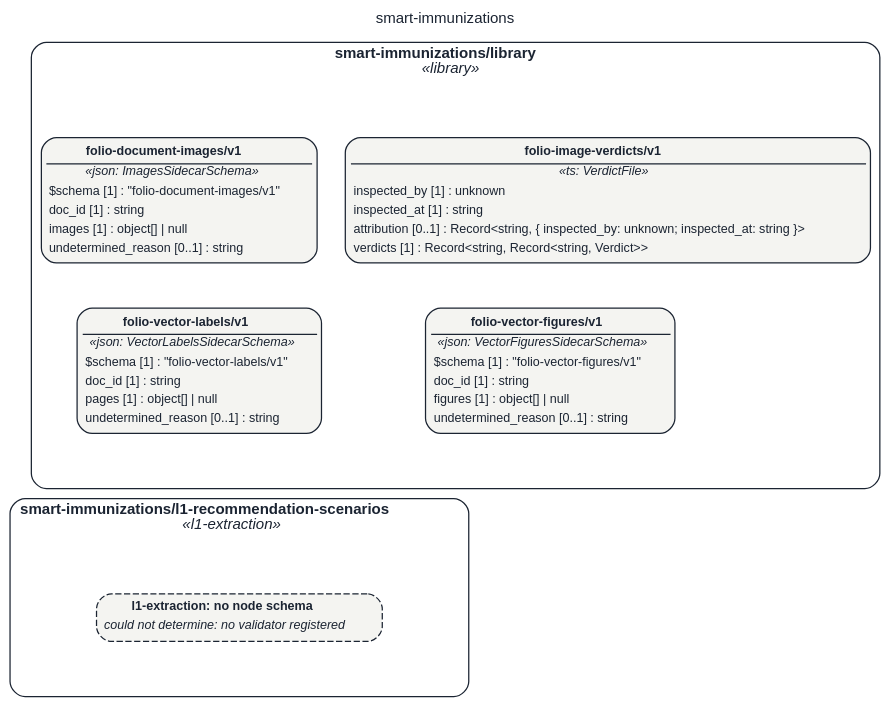
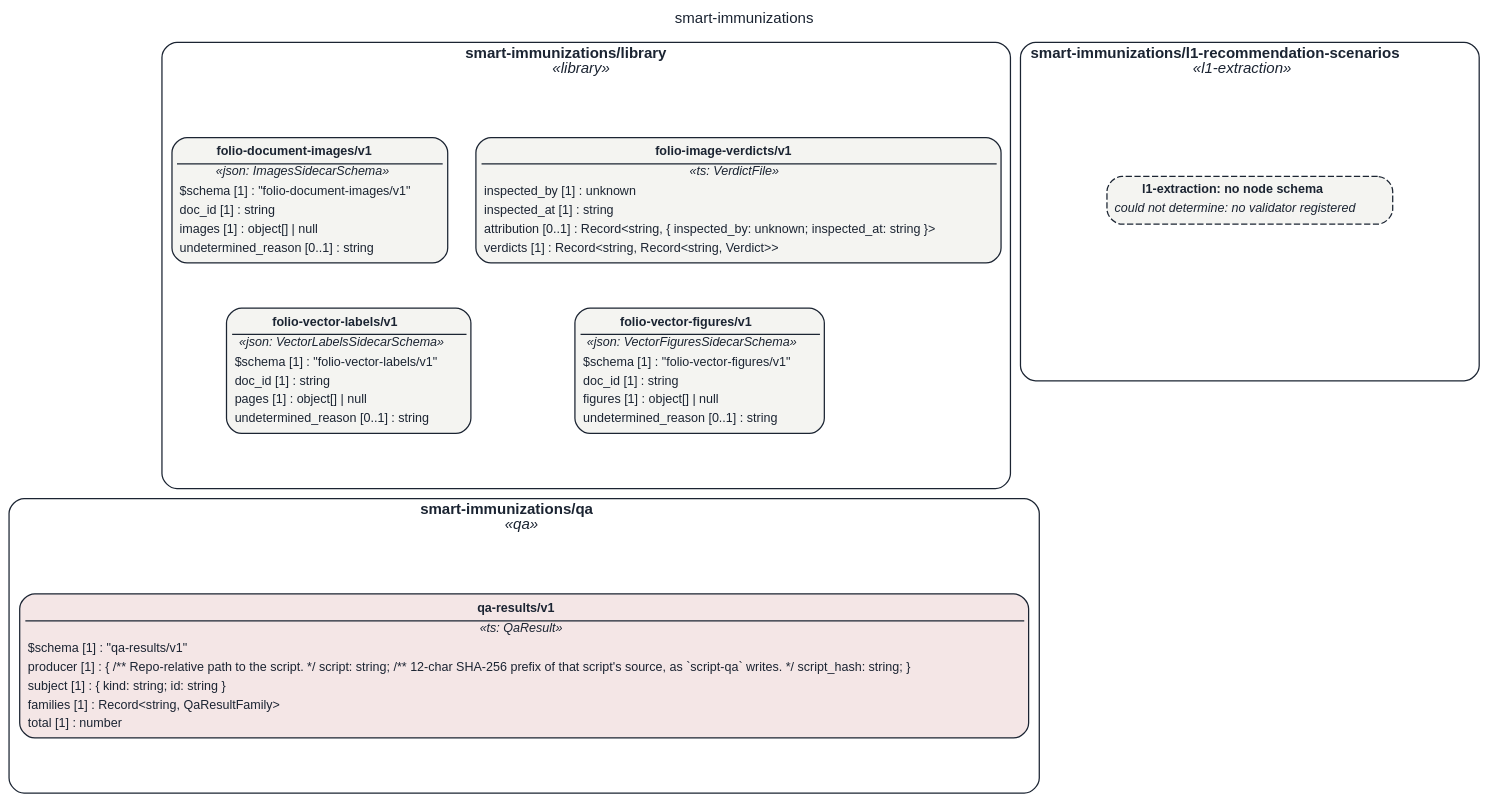
Before and after one commit to litlfred/folio-assistant: the diagram in assets/img/uml/overview/smart-immunizations.dot, drawn with Graphviz. The commit also changed 4883 other files, not shown here.

```diff
--- a/assets/img/uml/overview/smart-immunizations.dot
+++ b/assets/img/uml/overview/smart-immunizations.dot
@@ -1,31 +1,39 @@
 // GENERATED by cat-harness-tools/scripts/gen-uml-overview.ts — do not edit.
 // Rendered page (interactive view, same model): https://litlfred.github.io/folio-assistant/uml/overview/smart-immunizations.html
 digraph "smart_immunizations" {
   graph [label="smart-immunizations", labelloc=t, fontname="Helvetica", fontsize=12, fontcolor="#1b2432", newrank=true, ratio=auto, nodesep=0.3, ranksep=0.5, bgcolor="transparent"];
   node [shape=box, style="rounded,filled", margin=0.05, fontname="Helvetica", fontsize=10, color="#1b2432", fontcolor="#1b2432"];
   edge [color="#1b2432", fontcolor="#1b2432", fontname="Helvetica", fontsize=9];
   subgraph "cluster_pkg_smart_immunizations_library" {
     label=<<b>smart-immunizations/library</b><br/><i>«library»</i>>; style="rounded"; color="#1b2432"; class="fa_uml_subgraph";
     "smart_immunizations_library_folio_document_images_v1_folio_document_images_v1" [fillcolor="#f4f4f1", class="fa_uml_kind_library", label=<<table border="0" cellborder="0" cellspacing="0" cellpadding="2"><tr><td border="1" sides="b"><b>folio-document-images/v1</b></td></tr><tr><td><i>«json: ImagesSidecarSchema»</i></td></tr><tr><td align="left">$schema [1] : &quot;folio-document-images/v1&quot;</td></tr><tr><td align="left">doc_id [1] : string</td></tr><tr><td align="left">images [1] : object[] | null</td></tr><tr><td align="left">undetermined_reason [0..1] : string</td></tr></table>>];
     "smart_immunizations_library_folio_image_verdicts_v1" [fillcolor="#f4f4f1", class="fa_uml_kind_library", label=<<table border="0" cellborder="0" cellspacing="0" cellpadding="2"><tr><td border="1" sides="b"><b>folio-image-verdicts/v1</b></td></tr><tr><td><i>«ts: VerdictFile»</i></td></tr><tr><td align="left">inspected_by [1] : unknown</td></tr><tr><td align="left">inspected_at [1] : string</td></tr><tr><td align="left">attribution [0..1] : Record&lt;string, { inspected_by: unknown; inspected_at: string }&gt;</td></tr><tr><td align="left">verdicts [1] : Record&lt;string, Record&lt;string, Verdict&gt;&gt;</td></tr></table>>];
     "smart_immunizations_library_folio_vector_labels_v1_folio_vector_labels_v1" [fillcolor="#f4f4f1", class="fa_uml_kind_library", label=<<table border="0" cellborder="0" cellspacing="0" cellpadding="2"><tr><td border="1" sides="b"><b>folio-vector-labels/v1</b></td></tr><tr><td><i>«json: VectorLabelsSidecarSchema»</i></td></tr><tr><td align="left">$schema [1] : &quot;folio-vector-labels/v1&quot;</td></tr><tr><td align="left">doc_id [1] : string</td></tr><tr><td align="left">pages [1] : object[] | null</td></tr><tr><td align="left">undetermined_reason [0..1] : string</td></tr></table>>];
     "smart_immunizations_library_folio_vector_figures_v1_folio_vector_figures_v1" [fillcolor="#f4f4f1", class="fa_uml_kind_library", label=<<table border="0" cellborder="0" cellspacing="0" cellpadding="2"><tr><td border="1" sides="b"><b>folio-vector-figures/v1</b></td></tr><tr><td><i>«json: VectorFiguresSidecarSchema»</i></td></tr><tr><td align="left">$schema [1] : &quot;folio-vector-figures/v1&quot;</td></tr><tr><td align="left">doc_id [1] : string</td></tr><tr><td align="left">figures [1] : object[] | null</td></tr><tr><td align="left">undetermined_reason [0..1] : string</td></tr></table>>];
     "grid_pkg_smart_immunizations_library_top" [shape=point, style=invis, width=0, height=0, label="", class="kg-graph-anchor"];
     "grid_pkg_smart_immunizations_library_bottom" [shape=point, style=invis, width=0, height=0, label="", class="kg-graph-anchor"];
   }
   subgraph "cluster_pkg_smart_immunizations_l1_recommendation_scenarios" {
     label=<<b>smart-immunizations/l1-recommendation-scenarios</b><br/><i>«l1-extraction»</i>>; style="rounded"; color="#1b2432"; class="fa_uml_subgraph";
     "n_smart_immunizations_l1_recommendation_scenarios_l1_extraction" [style="rounded,filled,dashed", fillcolor="#f4f4f1", class="fa_uml_kind_l1_extraction fa_uml_undetermined", label=<<table border="0" cellborder="0" cellspacing="0" cellpadding="2"><tr><td><b>l1-extraction: no node schema</b></td></tr><tr><td align="left"><i>could not determine: no validator registered</i></td></tr></table>>];
     "grid_pkg_smart_immunizations_l1_recommendation_scenarios_top" [shape=point, style=invis, width=0, height=0, label="", class="kg-graph-anchor"];
     "grid_pkg_smart_immunizations_l1_recommendation_scenarios_bottom" [shape=point, style=invis, width=0, height=0, label="", class="kg-graph-anchor"];
   }
+  subgraph "cluster_pkg_smart_immunizations_qa" {
+    label=<<b>smart-immunizations/qa</b><br/><i>«qa»</i>>; style="rounded"; color="#1b2432"; class="fa_uml_subgraph";
+    "smart_immunizations_qa_qa_results_v1" [fillcolor="#f4e6e6", class="fa_uml_kind_qa", label=<<table border="0" cellborder="0" cellspacing="0" cellpadding="2"><tr><td border="1" sides="b"><b>qa-results/v1</b></td></tr><tr><td><i>«ts: QaResult»</i></td></tr><tr><td align="left">$schema [1] : &quot;qa-results/v1&quot;</td></tr><tr><td align="left">producer [1] : { /** Repo-relative path to the script. */ script: string; /** 12-char SHA-256 prefix of that script's source, as `script-qa` writes. */ script_hash: string; }</td></tr><tr><td align="left">subject [1] : { kind: string; id: string }</td></tr><tr><td align="left">families [1] : Record&lt;string, QaResultFamily&gt;</td></tr><tr><td align="left">total [1] : number</td></tr></table>>];
+    "grid_pkg_smart_immunizations_qa_top" [shape=point, style=invis, width=0, height=0, label="", class="kg-graph-anchor"];
+    "grid_pkg_smart_immunizations_qa_bottom" [shape=point, style=invis, width=0, height=0, label="", class="kg-graph-anchor"];
+  }
   "smart_immunizations_library_folio_document_images_v1_folio_document_images_v1" -> "smart_immunizations_library_folio_vector_labels_v1_folio_vector_labels_v1" [style=invis, class="kg-graph-anchor"];
   "smart_immunizations_library_folio_image_verdicts_v1" -> "smart_immunizations_library_folio_vector_figures_v1_folio_vector_figures_v1" [style=invis, class="kg-graph-anchor"];
   "grid_pkg_smart_immunizations_library_top" -> "smart_immunizations_library_folio_document_images_v1_folio_document_images_v1" [style=invis, class="kg-graph-anchor"];
   "grid_pkg_smart_immunizations_library_top" -> "smart_immunizations_library_folio_image_verdicts_v1" [style=invis, class="kg-graph-anchor"];
   "smart_immunizations_library_folio_vector_labels_v1_folio_vector_labels_v1" -> "grid_pkg_smart_immunizations_library_bottom" [style=invis, class="kg-graph-anchor"];
   "smart_immunizations_library_folio_vector_figures_v1_folio_vector_figures_v1" -> "grid_pkg_smart_immunizations_library_bottom" [style=invis, class="kg-graph-anchor"];
   "grid_pkg_smart_immunizations_l1_recommendation_scenarios_top" -> "n_smart_immunizations_l1_recommendation_scenarios_l1_extraction" [style=invis, class="kg-graph-anchor"];
   "n_smart_immunizations_l1_recommendation_scenarios_l1_extraction" -> "grid_pkg_smart_immunizations_l1_recommendation_scenarios_bottom" [style=invis, class="kg-graph-anchor"];
-  "grid_pkg_smart_immunizations_library_bottom" -> "grid_pkg_smart_immunizations_l1_recommendation_scenarios_top" [style=invis, class="kg-graph-anchor"];
+  "grid_pkg_smart_immunizations_qa_top" -> "smart_immunizations_qa_qa_results_v1" [style=invis, class="kg-graph-anchor"];
+  "smart_immunizations_qa_qa_results_v1" -> "grid_pkg_smart_immunizations_qa_bottom" [style=invis, class="kg-graph-anchor"];
+  "grid_pkg_smart_immunizations_library_bottom" -> "grid_pkg_smart_immunizations_qa_top" [style=invis, class="kg-graph-anchor"];
 }
```
